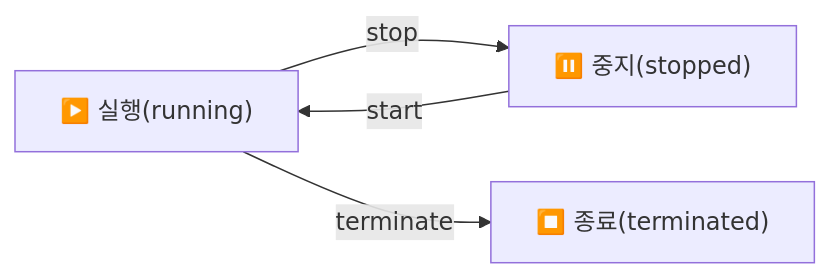
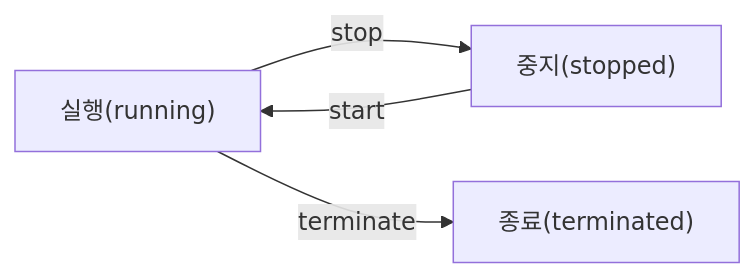
One commit to una0801/yoona-tech changed the diagram in contents/aws/compute/ec2/index.mdx. Above: the diagram before and after it, drawn with Mermaid. The commit also changed other lines of this file and 56 other files, not shown here.

````diff
--- a/contents/aws/compute/ec2/index.mdx
+++ b/contents/aws/compute/ec2/index.mdx
@@ -75,9 +67,9 @@
 ```mermaid
 flowchart LR
-    Launch["▶️ 실행(running)"]
-    Stop["⏸️ 중지(stopped)"]
-    Term["⏹️ 종료(terminated)"]
+    Launch["실행(running)"]
+    Stop["중지(stopped)"]
+    Term["종료(terminated)"]
     Launch -->|stop| Stop
     Stop -->|start| Launch
     Launch -->|terminate| Term
 ```
````
